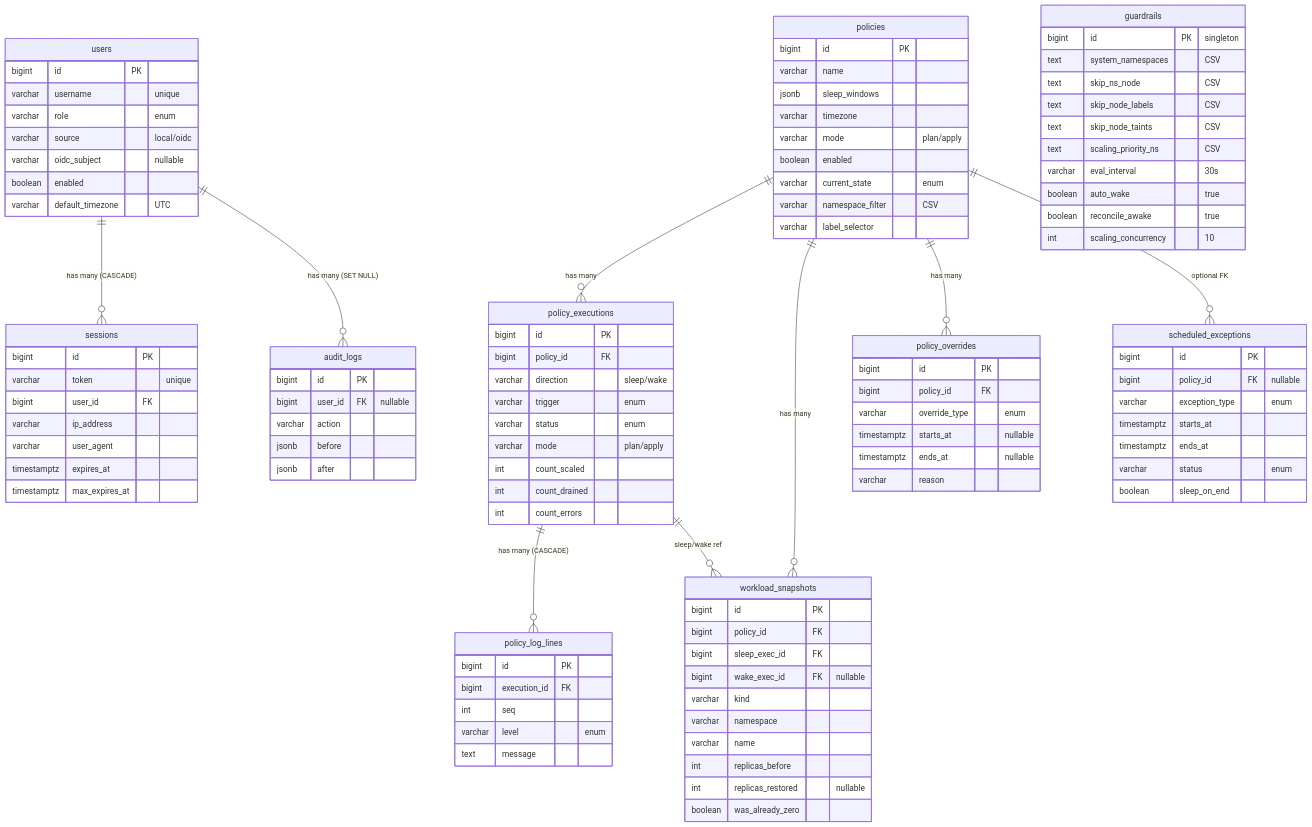
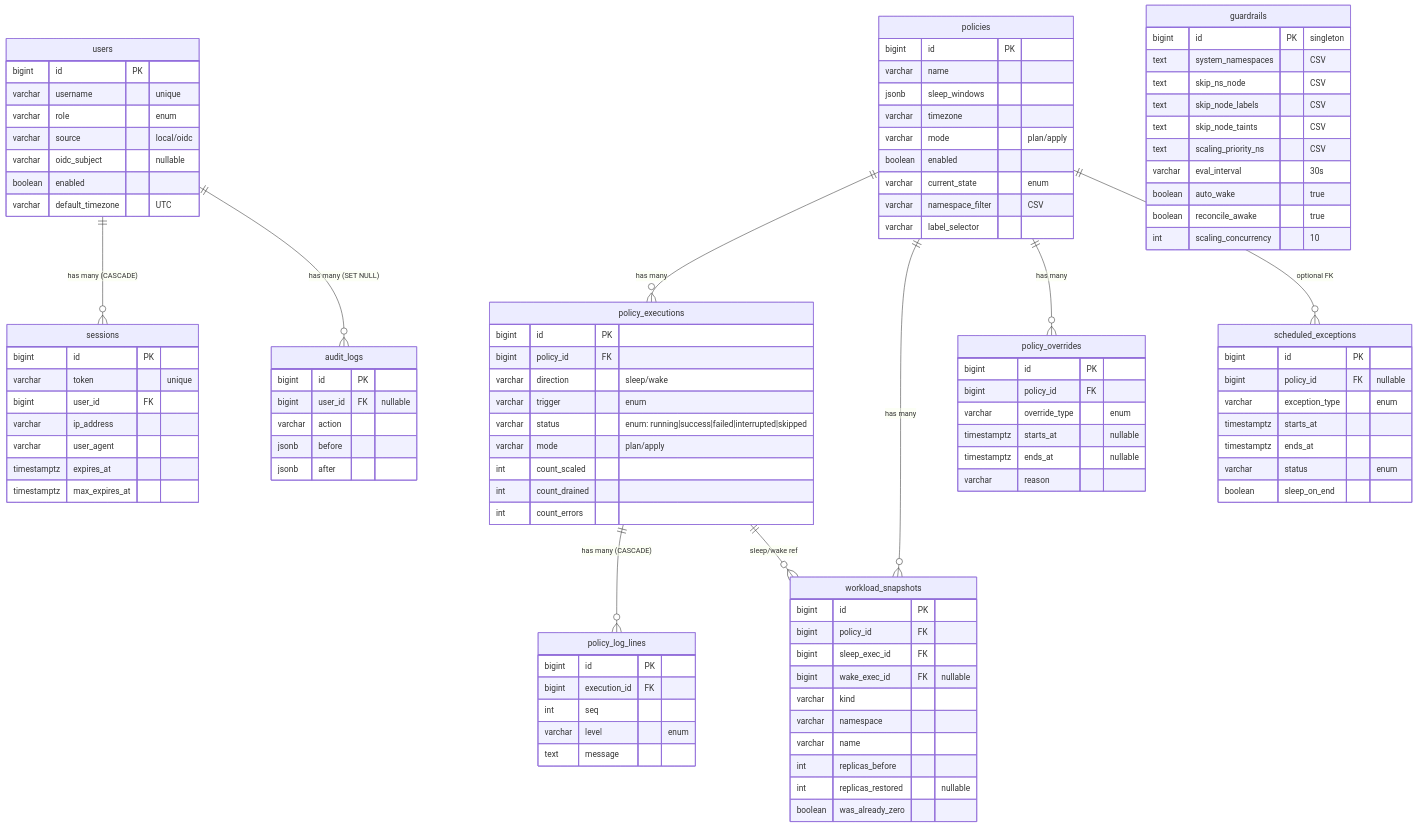
Before and after one commit to MacXsimilian/kube-phoenix: the second of 2 diagrams in ARCHITECTURE.md, drawn with Mermaid. The commit also changed other lines of this file and 7 other files, not shown here.

```diff
--- a/ARCHITECTURE.md
+++ b/ARCHITECTURE.md
@@ -279,7 +287,7 @@
         bigint policy_id FK
         varchar direction "sleep/wake"
         varchar trigger "enum"
-        varchar status "enum"
+        varchar status "enum: running|success|failed|interrupted|skipped"
         varchar mode "plan/apply"
         int count_scaled
         int count_drained
```
